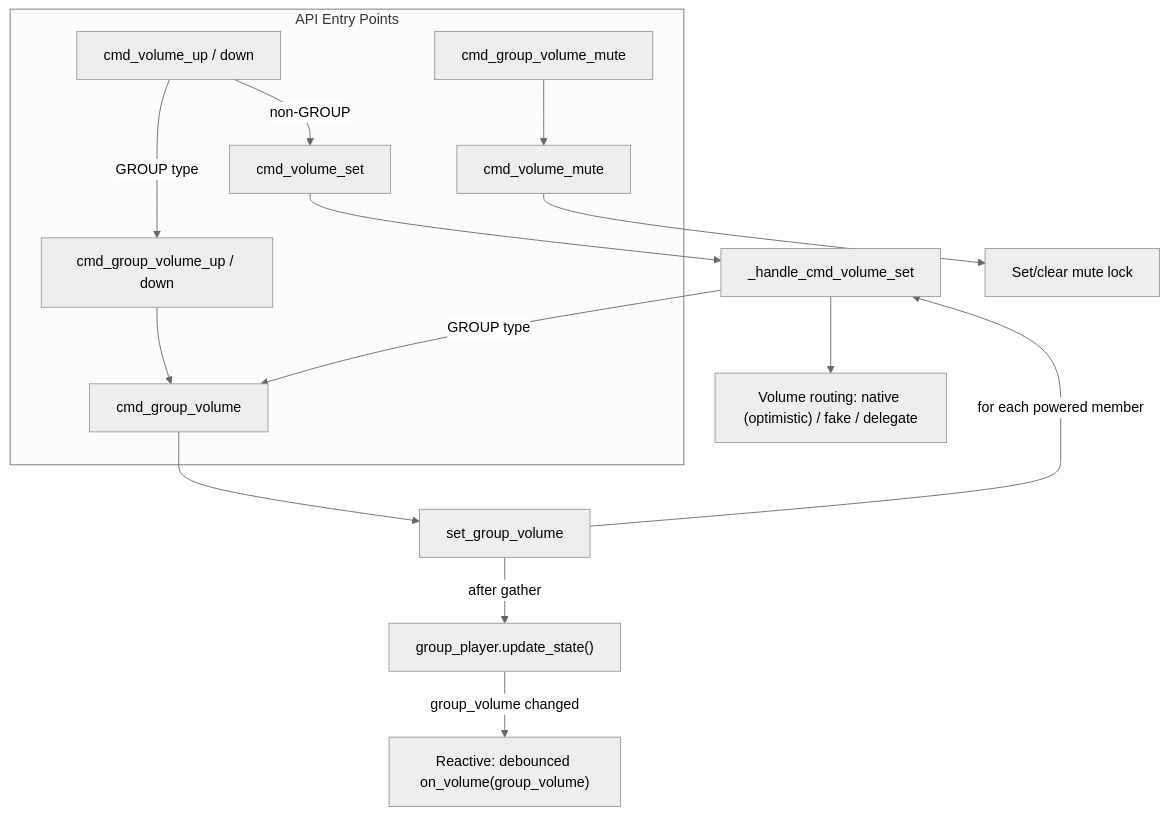
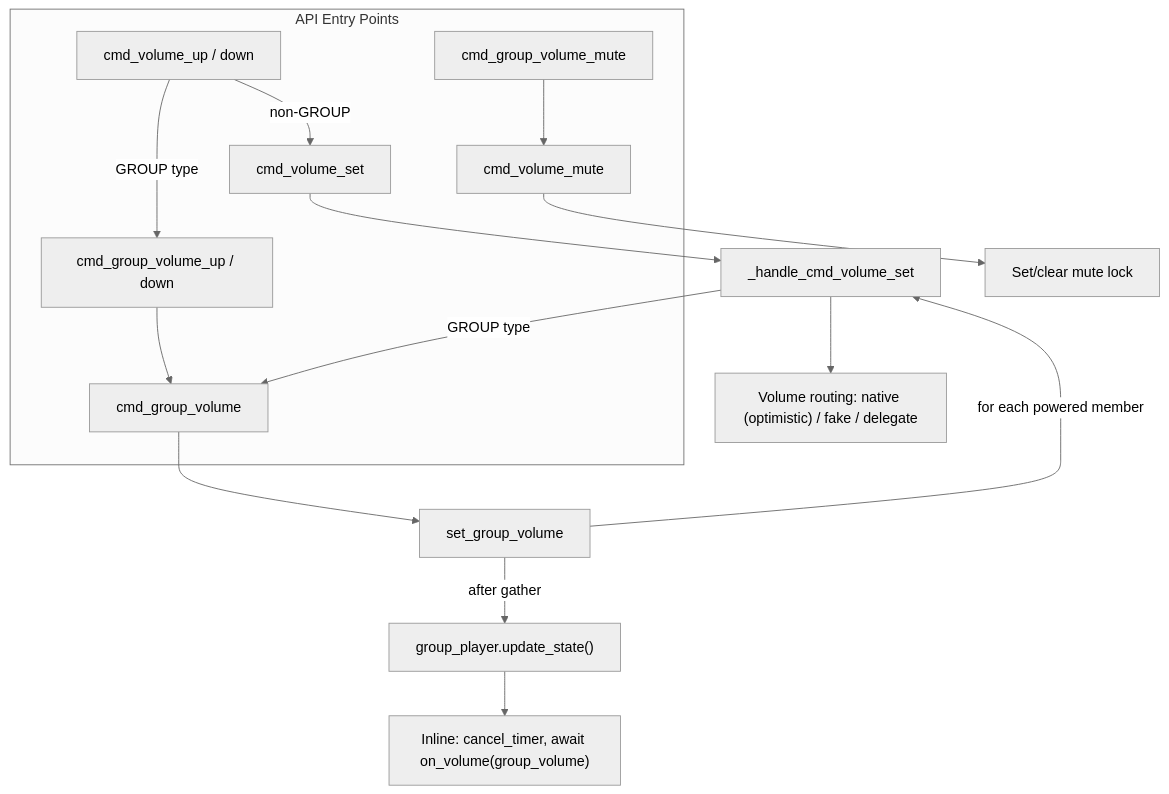
The second of 2 diagrams in docs/architecture/07-volume.md (theturtle32/music-assistant-server), drawn with Mermaid (neutral theme) before and after one commit. The commit also changed other lines of this file and 4 other files, not shown here.

````diff
--- a/docs/architecture/07-volume.md
+++ b/docs/architecture/07-volume.md
@@ -225,26 +228,26 @@
 ```mermaid
 flowchart TD
     subgraph "API Entry Points"
         V1[cmd_volume_set]
         V2[cmd_volume_up / down]
         V3[cmd_group_volume]
         V4[cmd_group_volume_up / down]
         V5[cmd_group_volume_mute]
         V6[cmd_volume_mute]
     end
 
     V1 --> HV[_handle_cmd_volume_set]
     V2 -->|GROUP type| V4
     V2 -->|non-GROUP| V1
     V3 --> SGV[set_group_volume]
     V4 --> V3
     V5 --> V6
     V6 --> ML[Set/clear mute lock]
 
     HV -->|GROUP type| V3
     HV --> VR["Volume routing: native (optimistic) / fake / delegate"]
 
     SGV -->|"for each powered member"| HV
     SGV -->|"after gather"| GU["group_player.update_state()"]
-    GU -->|"group_volume changed"| PV["Reactive: debounced on_volume(group_volume)"]
+    GU --> PV["Inline: cancel_timer, await on_volume(group_volume)"]
 ```
````
